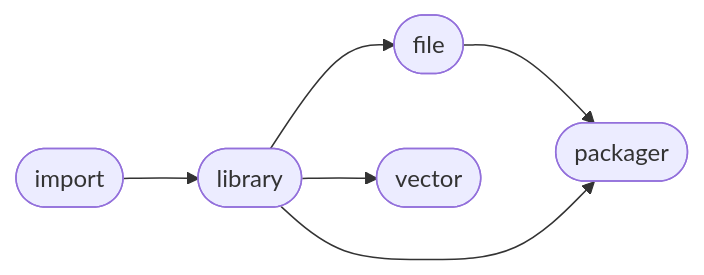
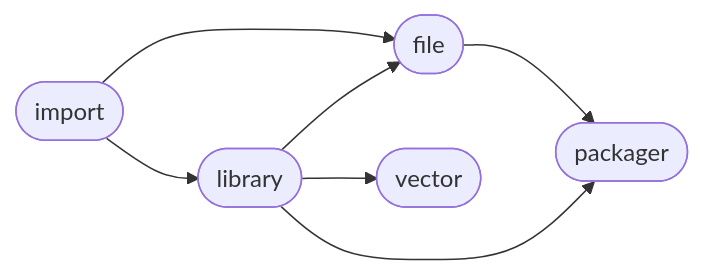
Before and after one commit to Mandera/Mandera: the diagram in README.md, drawn with Mermaid. The commit also changed other lines of this file, not shown here.

````diff
--- a/README.md
+++ b/README.md
@@ -7,13 +7,14 @@
 ```mermaid
 flowchart LR
 2([file]) --> 4([packager])
+1([library]) --> 4([packager])
 0([import]) --> 1([library])
-1([library]) --> 4([packager])
+0([import]) --> 2([file])
+1([library]) --> 2([file])
 1([library]) --> 3([vector])
-1([library]) --> 2([file])
 click 0 "https://github.com/ManderaGeneral/generalimport"
 click 1 "https://github.com/ManderaGeneral/generallibrary"
 click 2 "https://github.com/ManderaGeneral/generalfile"
 click 3 "https://github.com/ManderaGeneral/generalvector"
 click 4 "https://github.com/ManderaGeneral/generalpackager"
 ```
````
